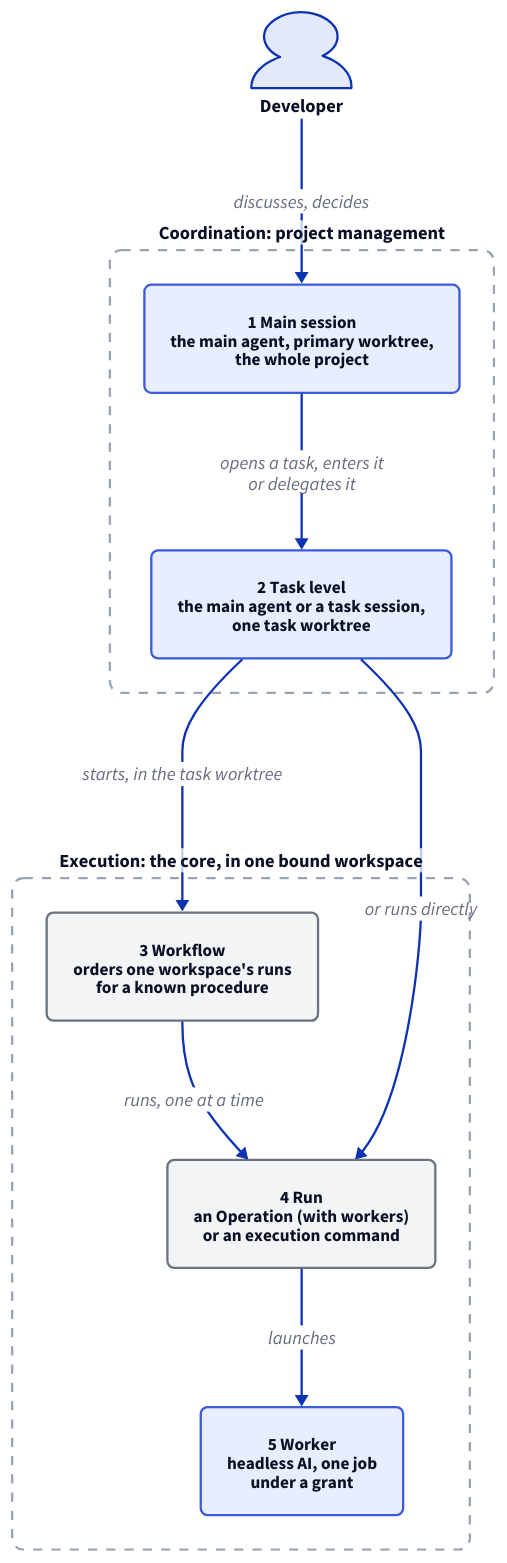
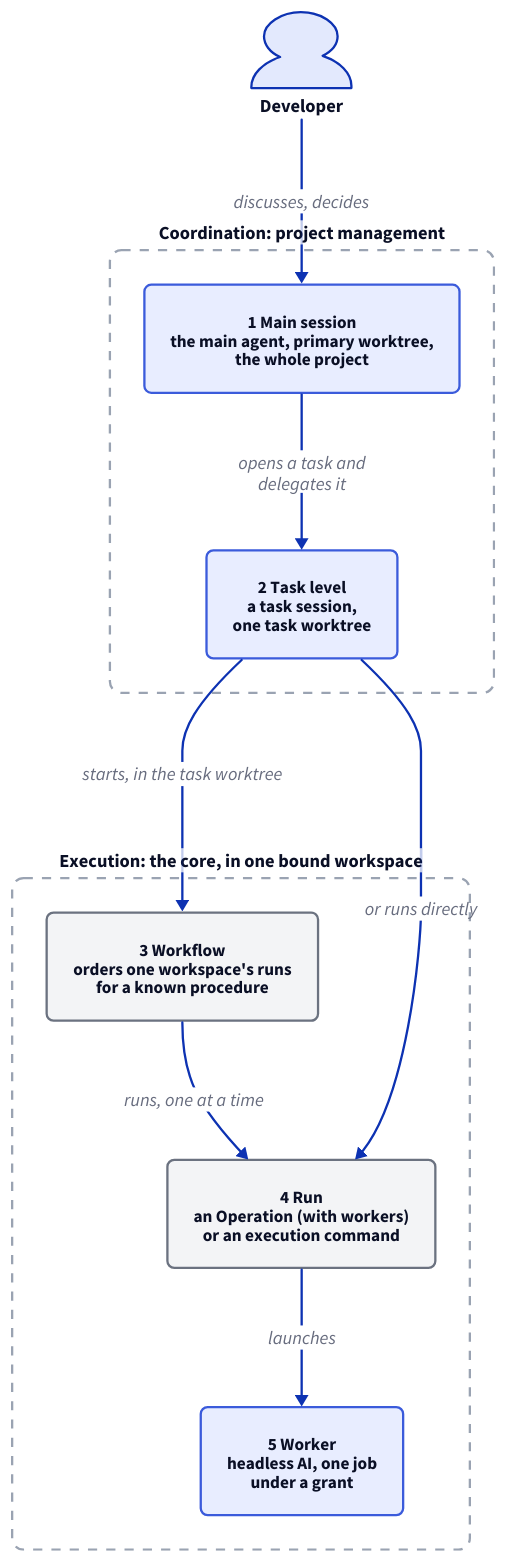
The second of 6 diagrams in specs/concorde/module.md (FTOD/concorde), drawn with D2 before and after one commit. The commit also changed other lines of this file and 9 other files, not shown here.

First line of the commit message:
Coordination Specs: the task level is always a task session; decisions are asked from the main session

````diff
--- a/specs/concorde/module.md
+++ b/specs/concorde/module.md
@@ -112,25 +119,25 @@
 ```d2 illustrative
 classes: {
   agent: {style: {fill: "#e8edff"; stroke: "#3b5bdb"; stroke-width: 2; border-radius: 6; font-size: 15}}
   program: {style: {fill: "#f3f4f6"; stroke: "#6b7280"; stroke-width: 2; border-radius: 6; font-size: 15}}
   layer: {style: {fill: transparent; stroke: "#9aa3b2"; stroke-dash: 4; border-radius: 10; font-size: 16; bold: true}}
 }
 developer: Developer {shape: person}
 coordination: "Coordination: project management" {
   class: layer
   main: "1  Main session\nthe main agent, primary worktree,\nthe whole project" {class: agent}
-  task: "2  Task level\nthe main agent or a task session,\none task worktree" {class: agent}
-  main -> task: "opens a task, enters it\nor delegates it"
+  task: "2  Task level\na task session,\none task worktree" {class: agent}
+  main -> task: "opens a task and\ndelegates it"
 }
 execution: "Execution: the core, in one bound workspace" {
   class: layer
   workflow: "3  Workflow\norders one workspace's runs\nfor a known procedure" {class: program}
   run: "4  Run\nan Operation (with workers)\nor an execution command" {class: program}
   worker: "5  Worker\nheadless AI, one job\nunder a grant" {class: agent}
   workflow -> run: "runs, one at a time"
   run -> worker: launches
 }
 developer -> coordination.main: "discusses, decides"
 coordination.task -> execution.workflow: "starts, in the task worktree"
 coordination.task -> execution.run: "or runs directly"
 ```
````
